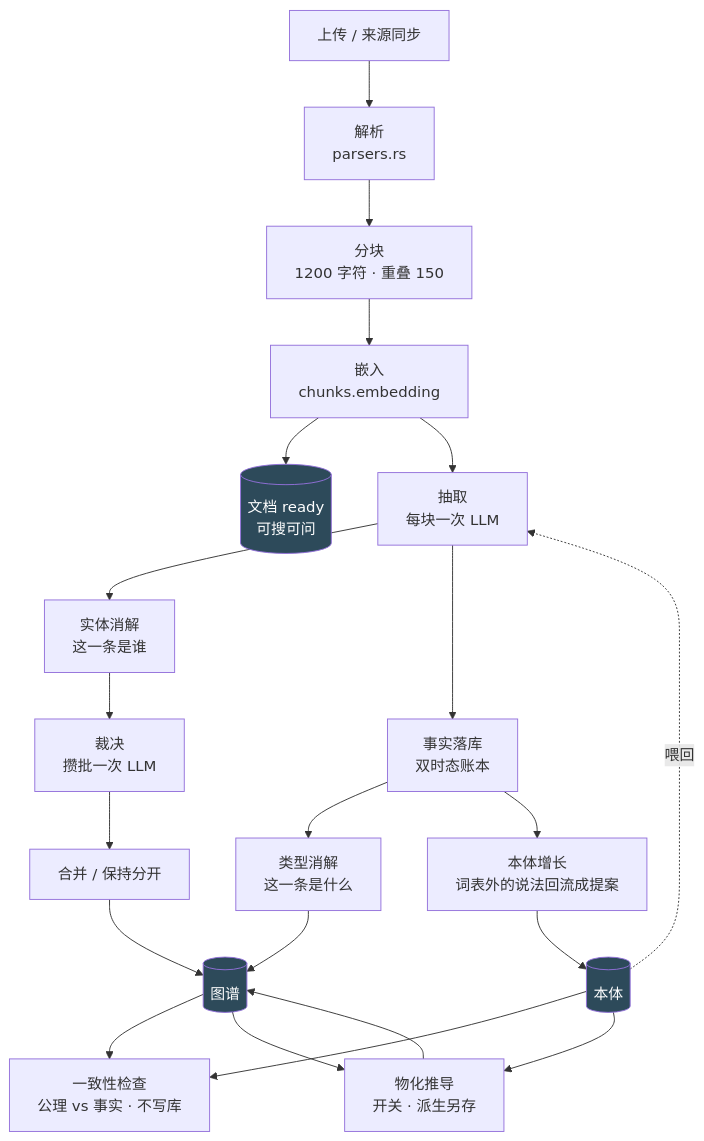
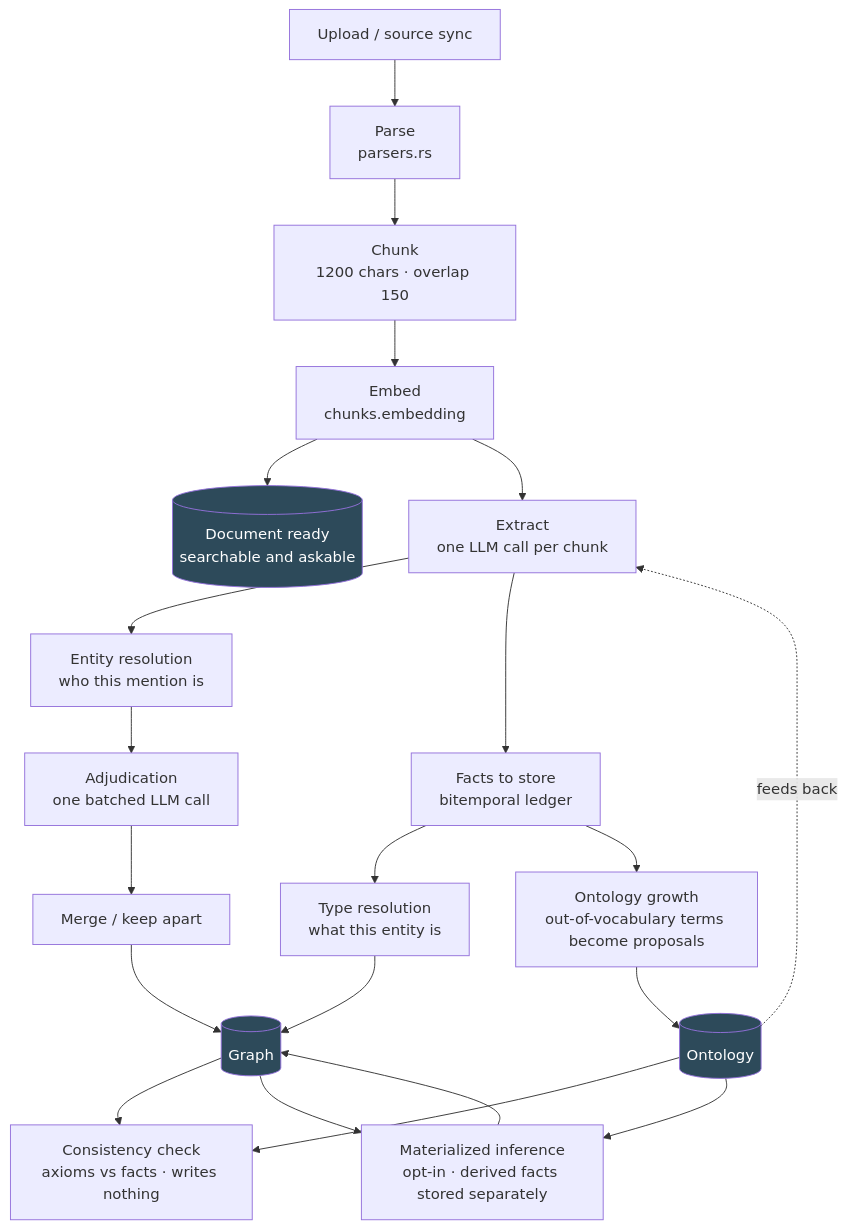
Before and after one commit to Danmushu/utopia: the first of 5 diagrams in docs/pipeline.md, drawn with Mermaid. The commit also changed other lines of this file and 18 other files, not shown here.

````diff
--- a/docs/pipeline.md
+++ b/docs/pipeline.md
@@ -12,27 +9,27 @@
 ```mermaid
 flowchart TB
-    U[上传 / 来源同步] --> P[解析<br/>parsers.rs]
-    P --> C[分块<br/>1200 字符 · 重叠 150]
-    C --> E1[嵌入<br/>chunks.embedding]
-    E1 --> RDY[(文档 ready<br/>可搜可问)]
-    E1 --> X[抽取<br/>每块一次 LLM]
-    X --> ENT[实体消解<br/>这一条是谁]
-    X --> FCT[事实落库<br/>双时态账本]
-    ENT --> ADJ[裁决<br/>攒批一次 LLM]
-    ADJ --> MRG[合并 / 保持分开]
-    FCT --> TR[类型消解<br/>这一条是什么]
-    FCT --> GROW[本体增长<br/>词表外的说法回流成提案]
-    MRG --> G[(图谱)]
+    U[Upload / source sync] --> P[Parse<br/>parsers.rs]
+    P --> C[Chunk<br/>1200 chars · overlap 150]
+    C --> E1[Embed<br/>chunks.embedding]
+    E1 --> RDY[(Document ready<br/>searchable and askable)]
+    E1 --> X[Extract<br/>one LLM call per chunk]
+    X --> ENT[Entity resolution<br/>who this mention is]
+    X --> FCT[Facts to store<br/>bitemporal ledger]
+    ENT --> ADJ[Adjudication<br/>one batched LLM call]
+    ADJ --> MRG[Merge / keep apart]
+    FCT --> TR[Type resolution<br/>what this entity is]
+    FCT --> GROW[Ontology growth<br/>out-of-vocabulary terms become proposals]
+    MRG --> G[(Graph)]
     TR --> G
-    GROW --> ONT[(本体)]
-    ONT -.喂回.-> X
-    G --> R0[一致性检查<br/>公理 vs 事实 · 不写库]
+    GROW --> ONT[(Ontology)]
+    ONT -.feeds back.-> X
+    G --> R0[Consistency check<br/>axioms vs facts · writes nothing]
     ONT --> R0
-    G --> R1[物化推导<br/>开关 · 派生另存]
+    G --> R1[Materialized inference<br/>opt-in · derived facts stored separately]
     ONT --> R1
     R1 --> G
 
     style RDY fill:#2d4a5a,color:#fff
     style G fill:#2d4a5a,color:#fff
     style ONT fill:#2d4a5a,color:#fff
 ```
````
